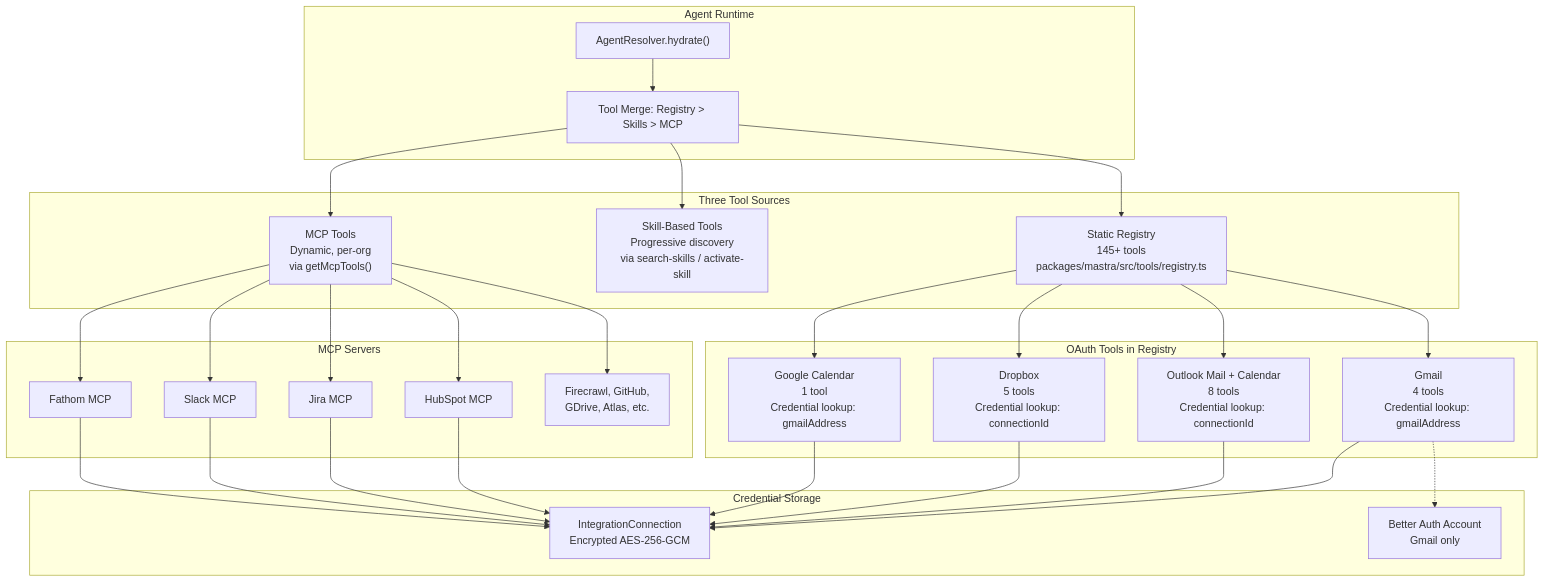
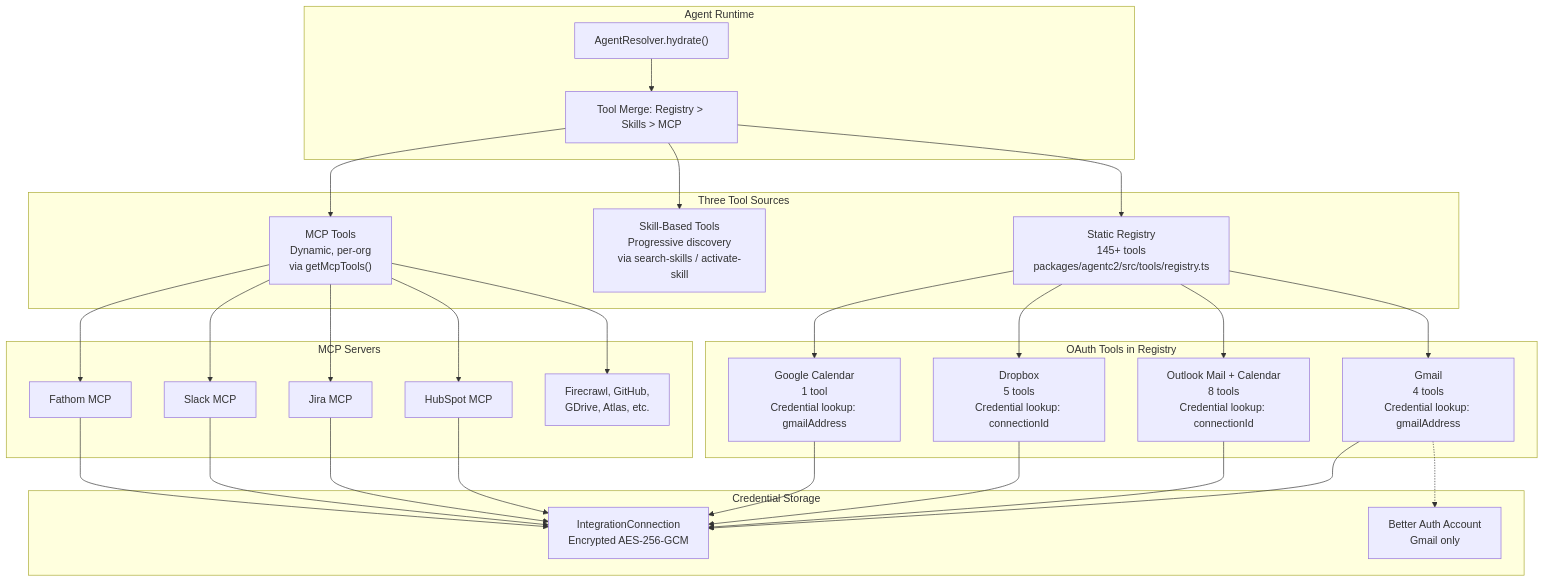
Before and after one commit to Appello-Prototypes/agentc2: the diagram in .cursor/plans/integration_architecture_analysis_5ec07004.plan.md, drawn with Mermaid. The commit also changed other lines of this file and 553 other files, not shown here.

First line of the commit message:
feat: rename packages/mastra to packages/agentc2, schema updates, security hardening, and multi-instance support

````diff
--- a/.cursor/plans/integration_architecture_analysis_5ec07004.plan.md
+++ b/.cursor/plans/integration_architecture_analysis_5ec07004.plan.md
@@ -50,59 +50,59 @@
 ```mermaid
 graph TB
     subgraph agentRuntime [Agent Runtime]
         AgentResolver["AgentResolver.hydrate()"]
         ToolMerge["Tool Merge: Registry > Skills > MCP"]
     end
 
     subgraph toolSources [Three Tool Sources]
-        Registry["Static Registry\n145+ tools\npackages/mastra/src/tools/registry.ts"]
+        Registry["Static Registry\n145+ tools\npackages/agentc2/src/tools/registry.ts"]
         Skills["Skill-Based Tools\nProgressive discovery\nvia search-skills / activate-skill"]
         MCPTools["MCP Tools\nDynamic, per-org\nvia getMcpTools()"]
     end
 
     subgraph oauthTools [OAuth Tools in Registry]
         Gmail["Gmail\n4 tools\nCredential lookup: gmailAddress"]
         Outlook["Outlook Mail + Calendar\n8 tools\nCredential lookup: connectionId"]
         Dropbox["Dropbox\n5 tools\nCredential lookup: connectionId"]
         GCal["Google Calendar\n1 tool\nCredential lookup: gmailAddress"]
     end
 
     subgraph mcpServers [MCP Servers]
         HubSpot["HubSpot MCP"]
         Jira["Jira MCP"]
         Slack["Slack MCP"]
         Fathom["Fathom MCP"]
         Others["Firecrawl, GitHub,\nGDrive, Atlas, etc."]
     end
 
     subgraph credStore [Credential Storage]
         IntConn["IntegrationConnection\nEncrypted AES-256-GCM"]
         BetterAuth["Better Auth Account\nGmail only"]
     end
 
     AgentResolver --> ToolMerge
     ToolMerge --> Registry
     ToolMerge --> Skills
     ToolMerge --> MCPTools
 
     Registry --> Gmail
     Registry --> Outlook
     Registry --> Dropbox
     Registry --> GCal
 
     MCPTools --> HubSpot
     MCPTools --> Jira
     MCPTools --> Slack
     MCPTools --> Fathom
     MCPTools --> Others
 
     Gmail --> IntConn
     Gmail -.-> BetterAuth
     Outlook --> IntConn
     Dropbox --> IntConn
     GCal --> IntConn
     HubSpot --> IntConn
     Jira --> IntConn
     Slack --> IntConn
     Fathom --> IntConn
 ```
````
